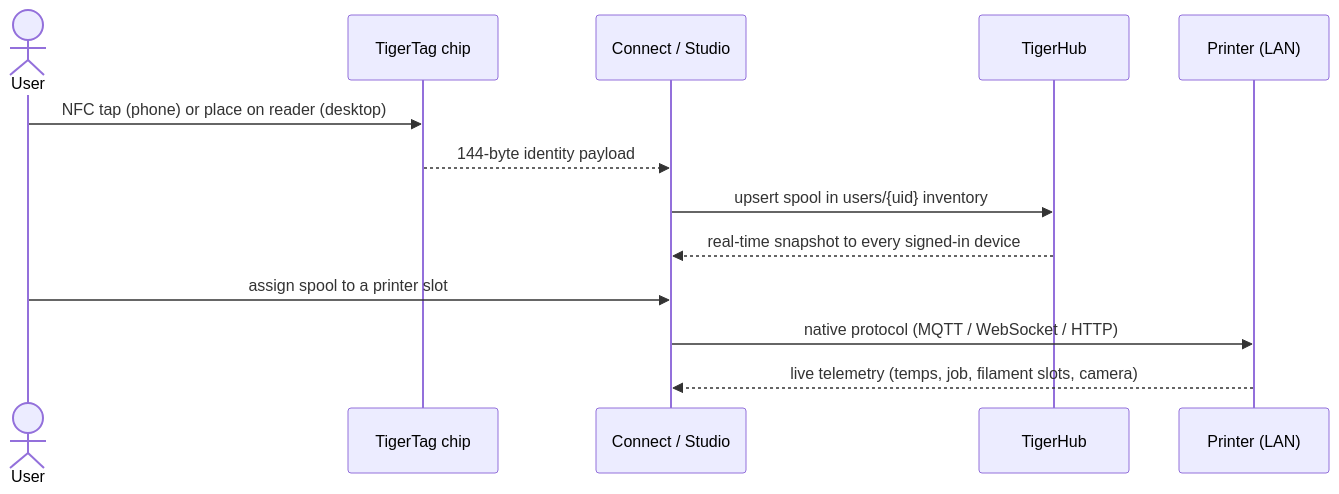
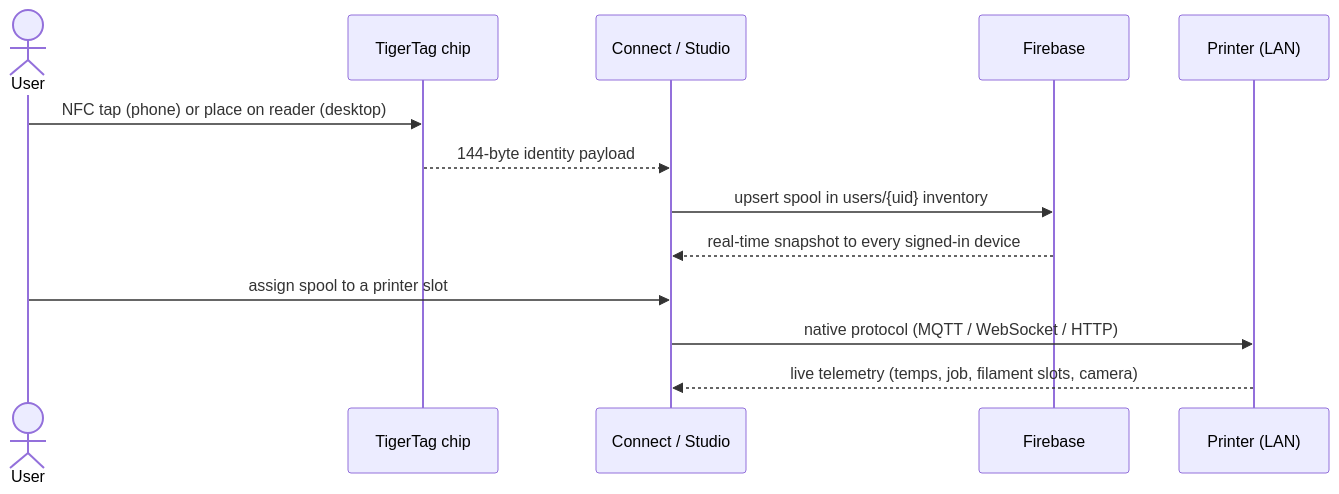
The first of 2 diagrams in docs/architecture/data-flow.md (TigerTag-Project/TigerSystem-Docs), drawn with Mermaid before and after one commit. The commit also changed 22 other files, not shown here.

Commit message:
Correct the TigerHub definition: TigerHub is the tigersystem.io web platform (showcase + social sandbox); the backend is plain, unbranded Firebase

````diff
--- a/docs/architecture/data-flow.md
+++ b/docs/architecture/data-flow.md
@@ -7,16 +7,16 @@
 ```mermaid
 sequenceDiagram
     actor User
     participant Chip as TigerTag chip
     participant App as Connect / Studio
-    participant Cloud as TigerHub
+    participant Cloud as Firebase
     participant Printer as Printer (LAN)
 
     User->>Chip: NFC tap (phone) or place on reader (desktop)
     Chip-->>App: 144-byte identity payload
     App->>Cloud: upsert spool in users/{uid} inventory
     Cloud-->>App: real-time snapshot to every signed-in device
     User->>App: assign spool to a printer slot
     App->>Printer: native protocol (MQTT / WebSocket / HTTP)
     Printer-->>App: live telemetry (temps, job, filament slots, camera)
 ```
````
